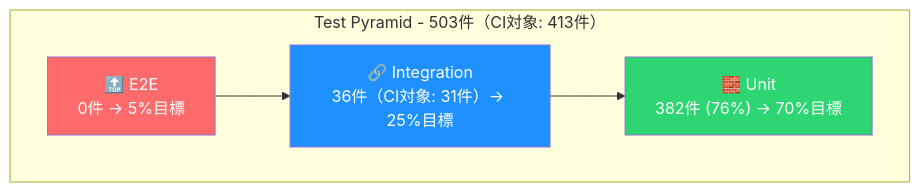
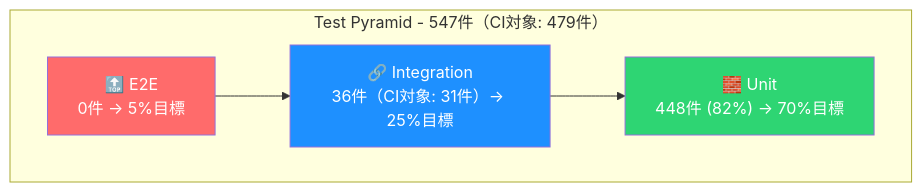
Before and after one commit to yaoki-dev/api-test-devops-portfolio: the second of 3 diagrams in README.md, drawn with Mermaid. The commit also changed other lines of this file and 4 other files, not shown here.

````diff
--- a/README.md
+++ b/README.md
@@ -292,13 +292,13 @@
 ```mermaid
 graph TB
-    subgraph "Test Pyramid - 503件（CI対象: 413件）"
+    subgraph "Test Pyramid - 547件（CI対象: 479件）"
         E2E["🔝 E2E<br/>0件 → 5%目標"]
         Integration["🔗 Integration<br/>36件（CI対象: 31件）→ 25%目標"]
-        Unit["🧱 Unit<br/>382件 (76%) → 70%目標"]
+        Unit["🧱 Unit<br/>448件 (82%) → 70%目標"]
     end
     E2E --> Integration --> Unit
 
     style E2E fill:#ff6b6b,color:#fff
     style Integration fill:#1e90ff,color:#fff
     style Unit fill:#2ed573,color:#fff
 ```
````
